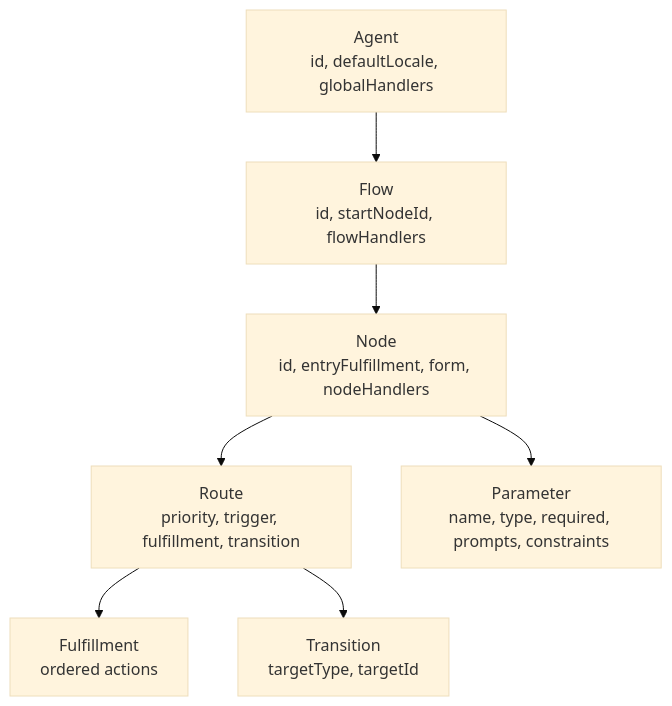
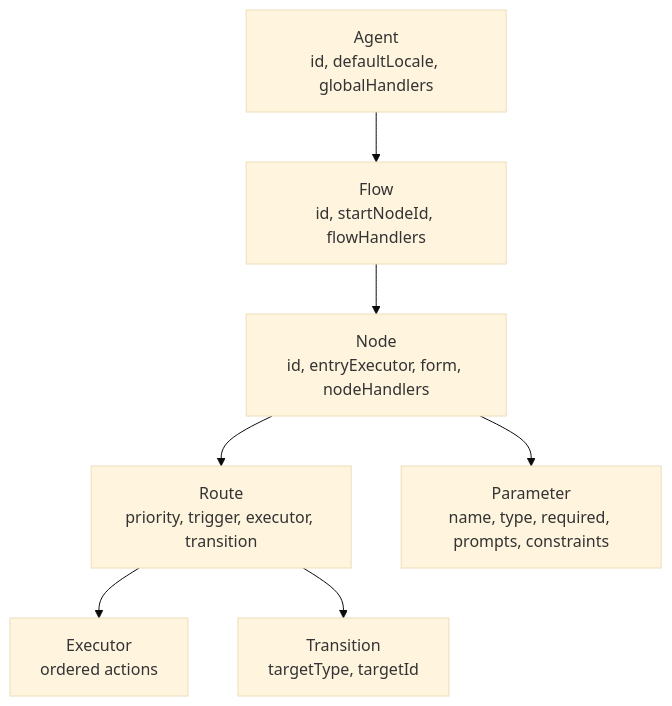
Before and after one commit to fatehmtd/VASDK: the first of 2 diagrams in docs/reference/requestflow-spec.md, drawn with Mermaid (base theme). The commit also changed other lines of this file and 2 other files, not shown here.

````diff
--- a/docs/reference/requestflow-spec.md
+++ b/docs/reference/requestflow-spec.md
@@ -76,9 +103,9 @@
 ```mermaid
 flowchart TD
     Agent["Agent<br/>id, defaultLocale, globalHandlers"] --> Flow["Flow<br/>id, startNodeId, flowHandlers"]
-    Flow --> Node["Node<br/>id, entryFulfillment, form, nodeHandlers"]
-    Node --> Route["Route<br/>priority, trigger, fulfillment, transition"]
+    Flow --> Node["Node<br/>id, entryExecutor, form, nodeHandlers"]
+    Node --> Route["Route<br/>priority, trigger, executor, transition"]
     Node --> Param["Parameter<br/>name, type, required, prompts, constraints"]
-    Route --> Fulfillment["Fulfillment<br/>ordered actions"]
+    Route --> Executor["Executor<br/>ordered actions"]
     Route --> Transition["Transition<br/>targetType, targetId"]
 ```
````
